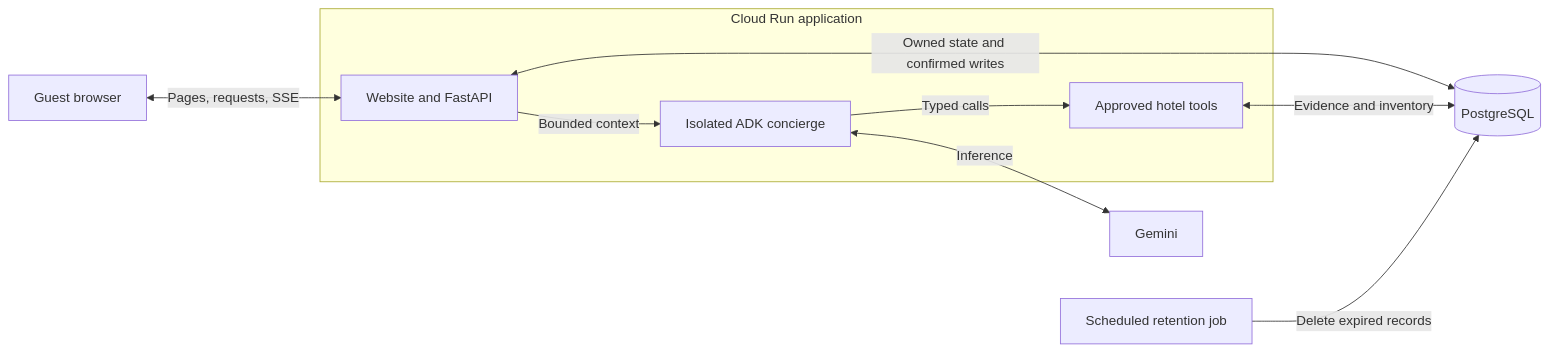
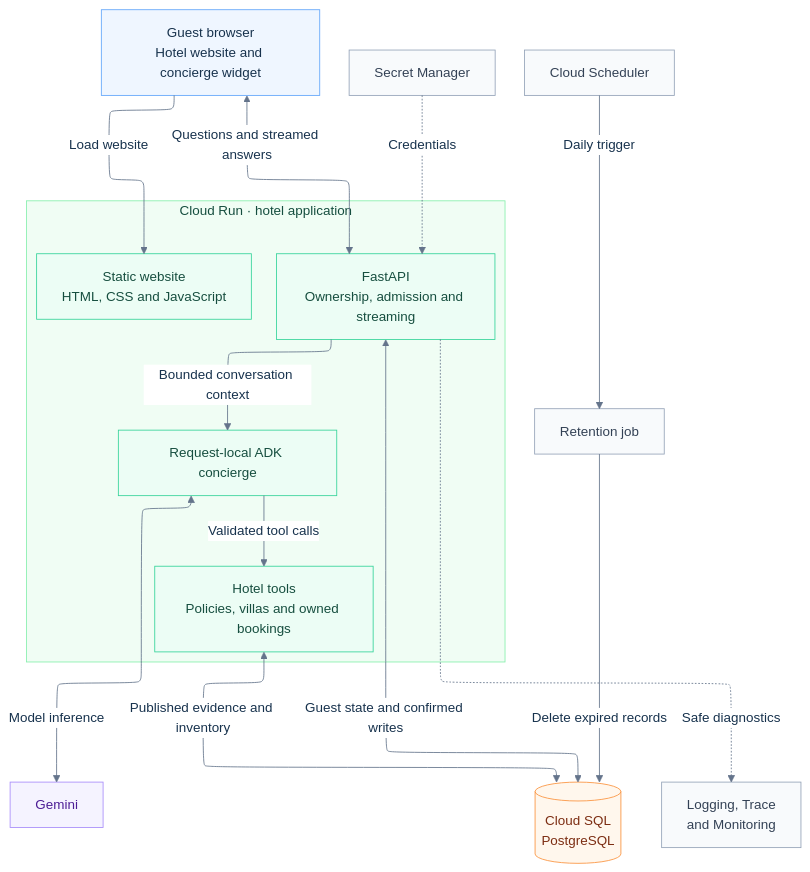
The first of 2 diagrams in docs/Architecture.md (the-ai-engineer/hotel-ai-agent), drawn with Mermaid before and after one commit.

Commit message:
docs: restore readable architecture diagram

````diff
--- a/docs/Architecture.md
+++ b/docs/Architecture.md
@@ -23,16 +23,50 @@
 ```mermaid
-flowchart LR
-    Guest[Guest browser]
-    subgraph Service[Cloud Run application]
-        Web[Website and FastAPI]
-        Agent[Isolated ADK concierge]
-        Tools[Approved hotel tools]
-        Web -->|Bounded context| Agent
-        Agent -->|Typed calls| Tools
+---
+config:
+  layout: elk
+  theme: base
+  themeVariables:
+    fontFamily: sans-serif
+    fontSize: 16px
+    primaryTextColor: '#17324d'
+    lineColor: '#64748b'
+    edgeLabelBackground: '#ffffff'
+  flowchart:
+    nodeSpacing: 45
+    rankSpacing: 65
+---
+flowchart TB
+    Guest[Guest browser<br/>Hotel website and concierge widget]
+
+    subgraph Service[Cloud Run · hotel application]
+        Site[Static website<br/>HTML, CSS and JavaScript]
+        API[FastAPI<br/>Ownership, admission and streaming]
+        Agent[Request-local ADK concierge]
+        Tools[Hotel tools<br/>Policies, villas and owned bookings]
+        API -->|Bounded conversation context| Agent
+        Agent -->|Validated tool calls| Tools
     end
-    Guest <-->|Pages, requests, SSE| Web
-    Agent <-->|Inference| Gemini[Gemini]
-    Web <-->|Owned state and confirmed writes| DB[(PostgreSQL)]
-    Tools <-->|Evidence and inventory| DB
-    Maintenance[Scheduled retention job] -->|Delete expired records| DB
+
+    Guest -->|Load website| Site
+    Guest <-->|Questions and streamed answers| API
+    Agent <-->|Model inference| Gemini[Gemini]
+    API <-->|Guest state and confirmed writes| DB[(Cloud SQL<br/>PostgreSQL)]
+    Tools <-->|Published evidence and inventory| DB
+
+    Secrets[Secret Manager] -.->|Credentials| API
+    API -.->|Safe diagnostics| Ops[Logging, Trace<br/>and Monitoring]
+    Scheduler[Cloud Scheduler] -->|Daily trigger| Cleanup[Retention job]
+    Cleanup -->|Delete expired records| DB
+
+    classDef guest fill:#eff6ff,stroke:#60a5fa,color:#17324d
+    classDef app fill:#ecfdf5,stroke:#34d399,color:#164e3f
+    classDef data fill:#fff7ed,stroke:#fb923c,color:#7c2d12
+    classDef external fill:#f5f3ff,stroke:#a78bfa,color:#4c1d95
+    classDef ops fill:#f8fafc,stroke:#94a3b8,color:#334155
+    class Guest guest
+    class Site,API,Agent,Tools app
+    class DB data
+    class Gemini external
+    class Secrets,Ops,Scheduler,Cleanup ops
+    style Service fill:#f0fdf4,stroke:#86efac,color:#164e3f
 ```
````
